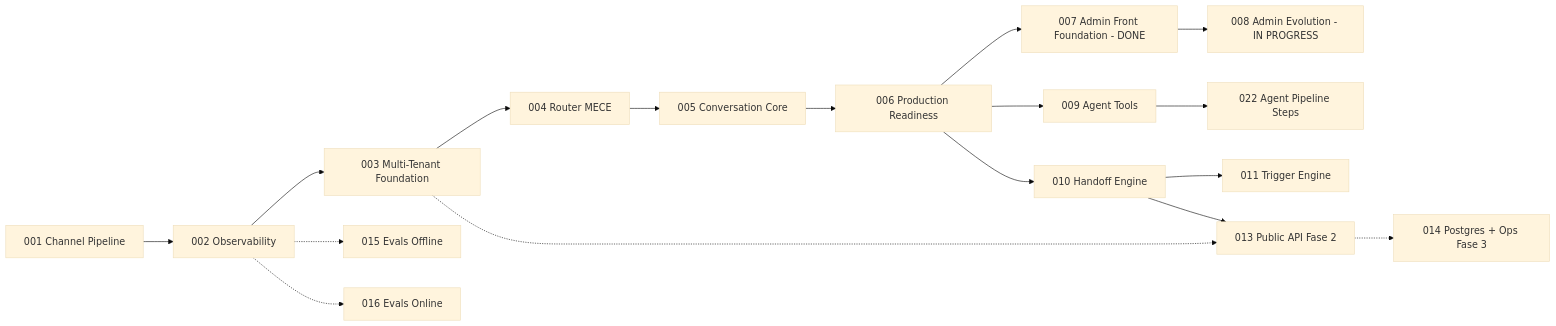
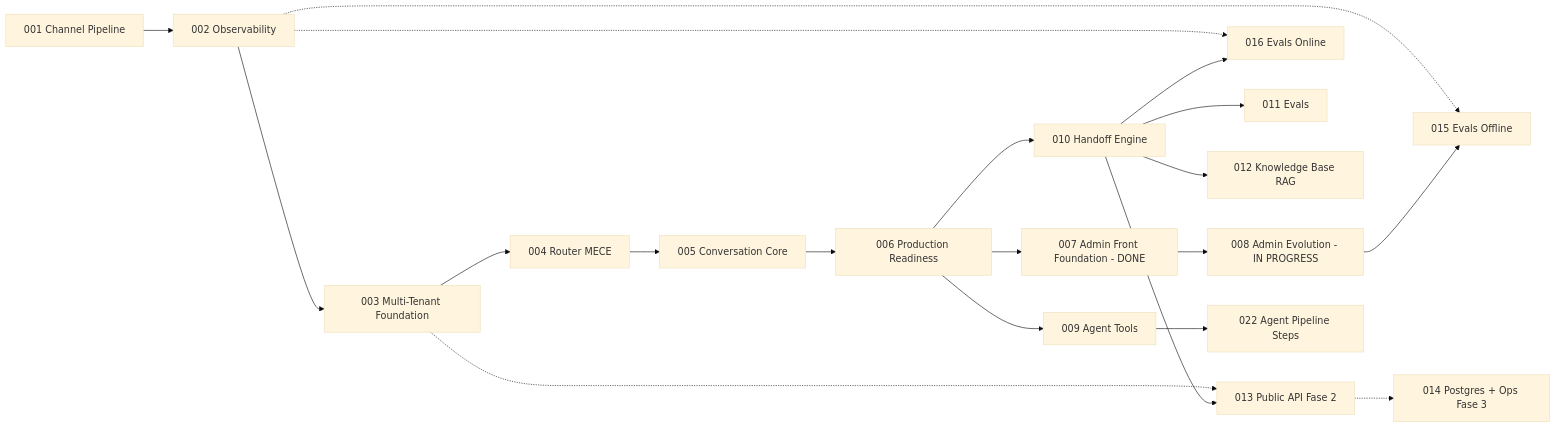
The second of 2 diagrams in platforms/prosauai/planning/roadmap.md (paceautomations/madruga.ai), drawn with Mermaid (base theme) before and after one commit. The commit also changed other lines of this file and 12 other files, not shown here.

First line of the commit message:
chore(016): reconcile — 12 propostas aplicadas, ADR-049/050 criados, roadmap atualizado

````diff
--- a/platforms/prosauai/planning/roadmap.md
+++ b/platforms/prosauai/planning/roadmap.md
@@ -103,19 +105,22 @@
 ```mermaid
 graph LR
   E001[001 Channel Pipeline] --> E002[002 Observability]
   E002 --> E003[003 Multi-Tenant Foundation]
   E003 --> E004[004 Router MECE]
   E004 --> E005[005 Conversation Core]
   E005 --> E006[006 Production Readiness]
   E006 --> E007[007 Admin Front Foundation - DONE]
   E007 --> E008[008 Admin Evolution - IN PROGRESS]
   E006 --> E009[009 Agent Tools]
   E006 --> E010[010 Handoff Engine]
-  E010 --> E011[011 Trigger Engine]
+  E010 --> E016[016 Trigger Engine - DONE]
+  E010 --> E011[011 Evals]
+  E010 --> E012[012 Knowledge Base RAG]
+  E008 --> E015[015 Agent Pipeline Steps - DONE]
   E010 --> E013[013 Admin Handoff Inbox]
   E009 --> E022[022 Agent Pipeline Steps]
   E003 -.-> E013[013 Public API Fase 2]
   E013 -.-> E014[014 Postgres + Ops Fase 3]
   E002 -.-> E015[015 Evals Offline]
   E002 -.-> E016[016 Evals Online]
 ```
````
